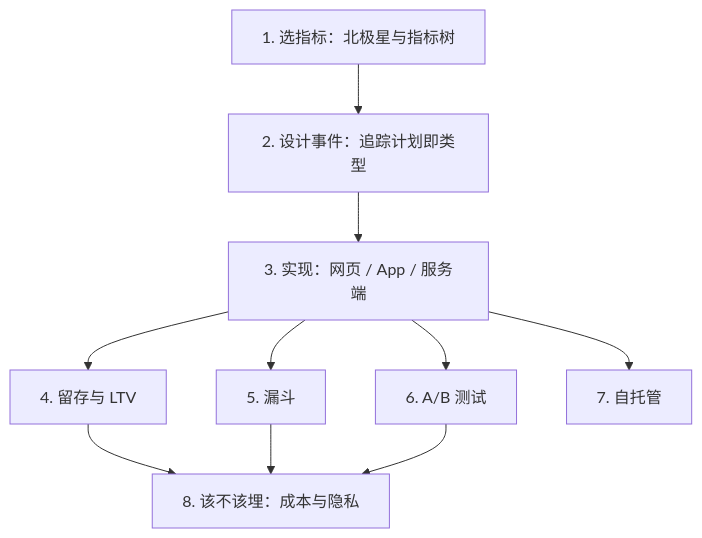
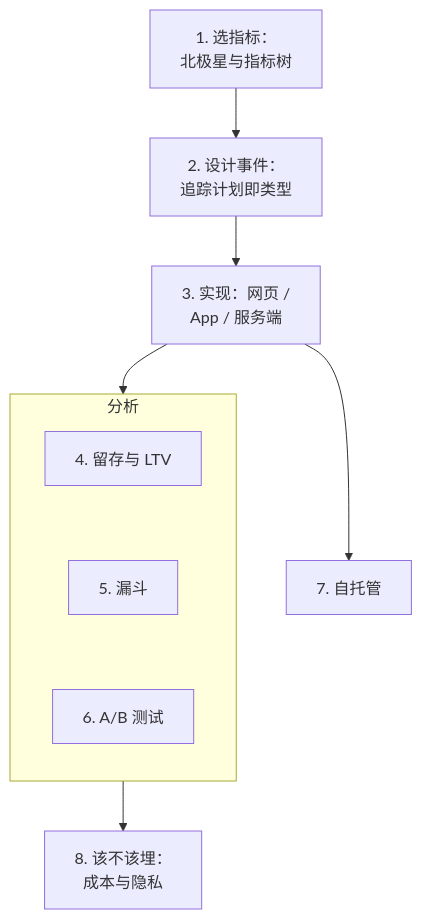
The third of 3 diagrams in books/product-analytics/08-when-not-to-track.md (jarvis-pro/hatch-shelf), drawn with Mermaid before and after one commit. The commit also changed other lines of this file and 432 other files, not shown here.

````diff
--- a/books/product-analytics/08-when-not-to-track.md
+++ b/books/product-analytics/08-when-not-to-track.md
@@ -129,12 +129,12 @@
 ```mermaid
 flowchart TD
-    A["1. 选指标：北极星与指标树"] --> B["2. 设计事件：追踪计划即类型"]
-    B --> C["3. 实现：网页 / App / 服务端"]
-    C --> D["4. 留存与 LTV"]
-    C --> E["5. 漏斗"]
-    C --> F["6. A/B 测试"]
+    A["1. 选指标：<br/>北极星与指标树"] --> B["2. 设计事件：<br/>追踪计划即类型"]
+    B --> C["3. 实现：网页 /<br/>App / 服务端"]
+    C --> ANA
     C --> G["7. 自托管"]
-    D --> H["8. 该不该埋：成本与隐私"]
-    E --> H
-    F --> H
+    subgraph ANA["分析"]
+      direction TB
+      D["4. 留存与 LTV"] ~~~ E["5. 漏斗"] ~~~ F["6. A/B 测试"]
+    end
+    ANA --> H["8. 该不该埋：<br/>成本与隐私"]
 ```
````
